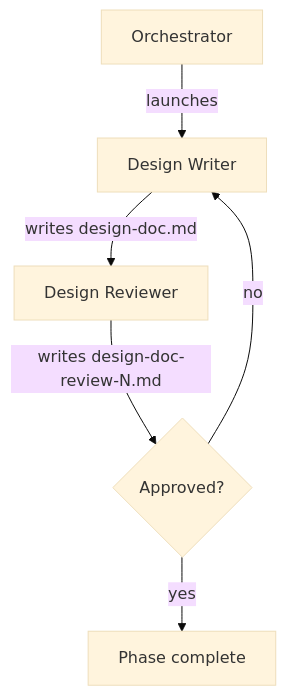
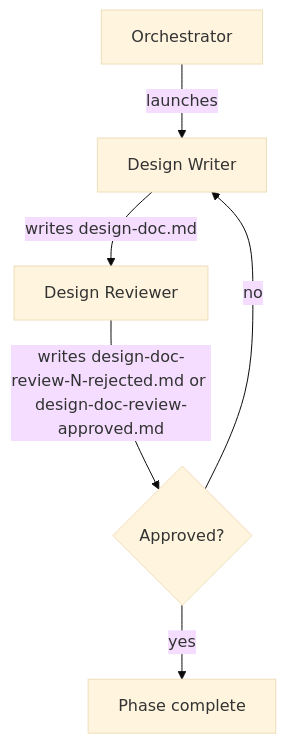
Before and after one commit to Automattic/radical-pipelines: the diagram in .agents/skills/radical-pipelines/reference/autonomous-phases/2 - design-doc.md, drawn with Mermaid (base theme). The commit also changed other lines of this file and 22 other files, not shown here.

````diff
--- a/.agents/skills/radical-pipelines/reference/autonomous-phases/2 - design-doc.md
+++ b/.agents/skills/radical-pipelines/reference/autonomous-phases/2 - design-doc.md
@@ -33,8 +34,8 @@
 ```mermaid
 flowchart TD
     A[Orchestrator] -->|launches| B[Design Writer]
     B -->|writes design-doc.md| C[Design Reviewer]
-    C -->|writes design-doc-review-N.md| D{Approved?}
+    C -->|writes design-doc-review-N-rejected.md or design-doc-review-approved.md| D{Approved?}
     D -->|no| B
     D -->|yes| E[Phase complete]
 ```
````
